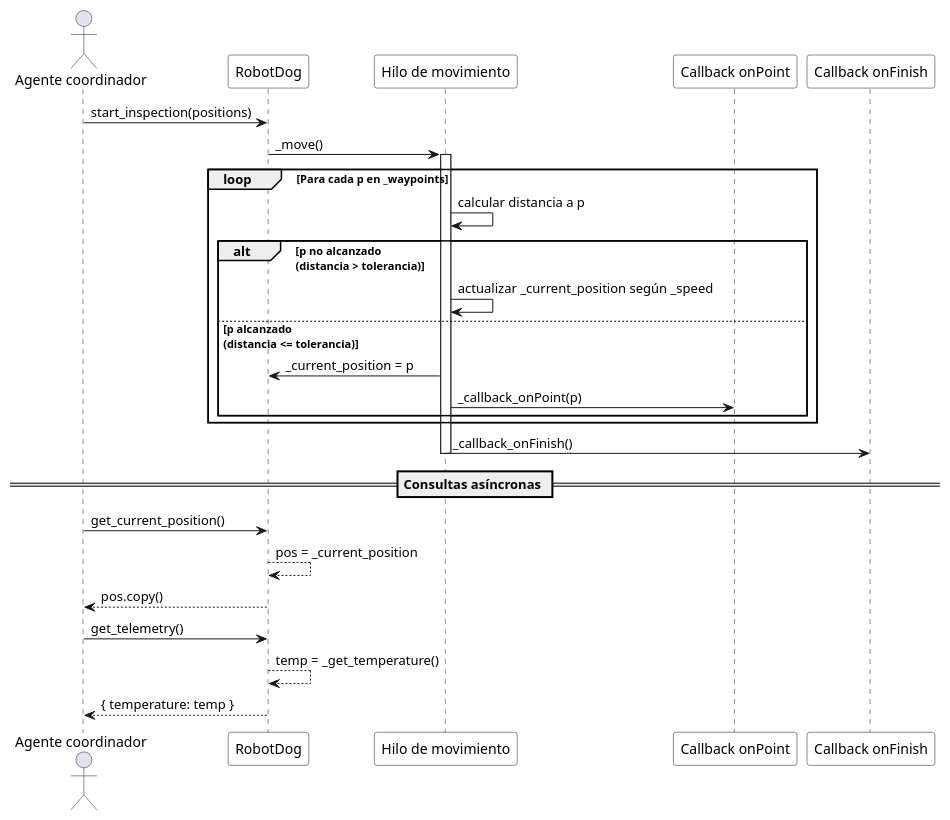
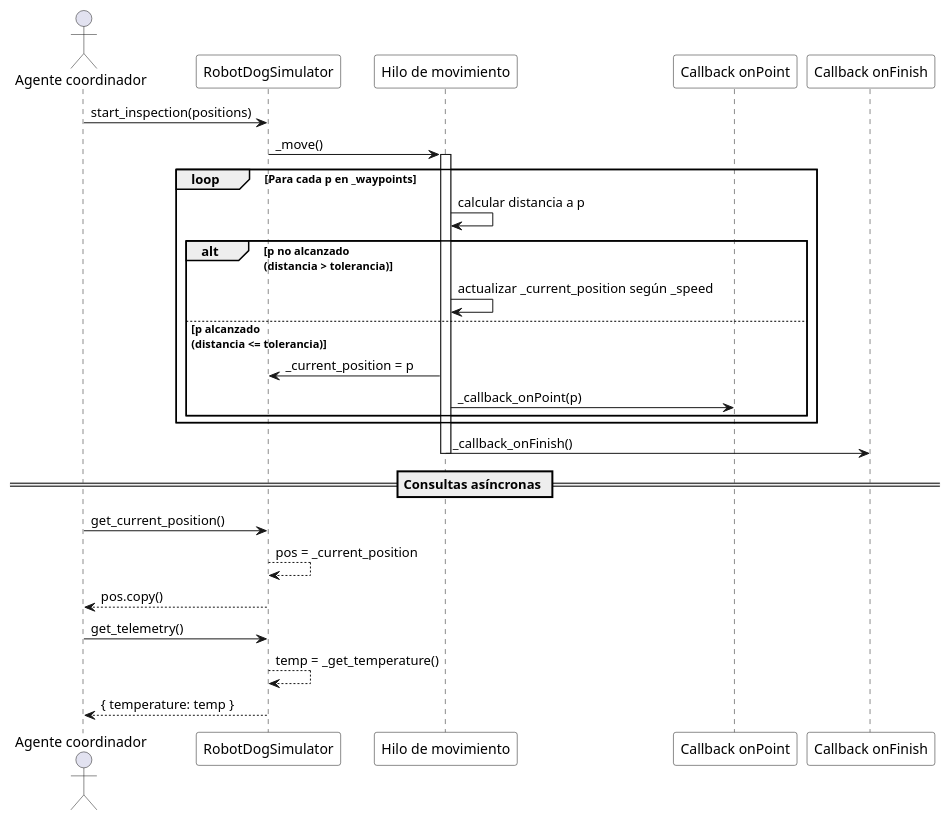
Before and after one commit to lcruper/tfm-multiagent: the diagram in diagrams/robot_dog_activity.puml, drawn with PlantUML. The commit also changed 6 other files, not shown here.

Commit message:
Drom robotDog to robotDogSimulator

```diff
--- a/diagrams/robot_dog_activity.puml
+++ b/diagrams/robot_dog_activity.puml
@@ -1,37 +1,37 @@
 @startuml
 skinparam participantBackgroundColor white
 
 actor "Agente coordinador" as User
-participant "RobotDog" as Robot
+participant "RobotDogSimulator" as Robot
 participant "Hilo de movimiento" as Thread
 participant "Callback onPoint" as CBPoint
 participant "Callback onFinish" as CBFinish
 
 User -> Robot: start_inspection(positions)
 Robot -> Thread: _move()
 
 activate Thread
 loop Para cada p en _waypoints
     Thread -> Thread: calcular distancia a p
     alt p no alcanzado\n(distancia > tolerancia)
         Thread -> Thread: actualizar _current_position según _speed
     else p alcanzado\n(distancia <= tolerancia)
         Thread -> Robot: _current_position = p
         Thread -> CBPoint: _callback_onPoint(p)
     end
 end
 
 Thread -> CBFinish: _callback_onFinish()
 deactivate Thread
 
 == Consultas asíncronas ==
 
 User -> Robot: get_current_position()
 Robot --> Robot: pos = _current_position
 Robot --> User: pos.copy()
 
 User -> Robot: get_telemetry()
 Robot --> Robot: temp = _get_temperature()
 Robot --> User: { temperature: temp }
 
 @enduml
```
